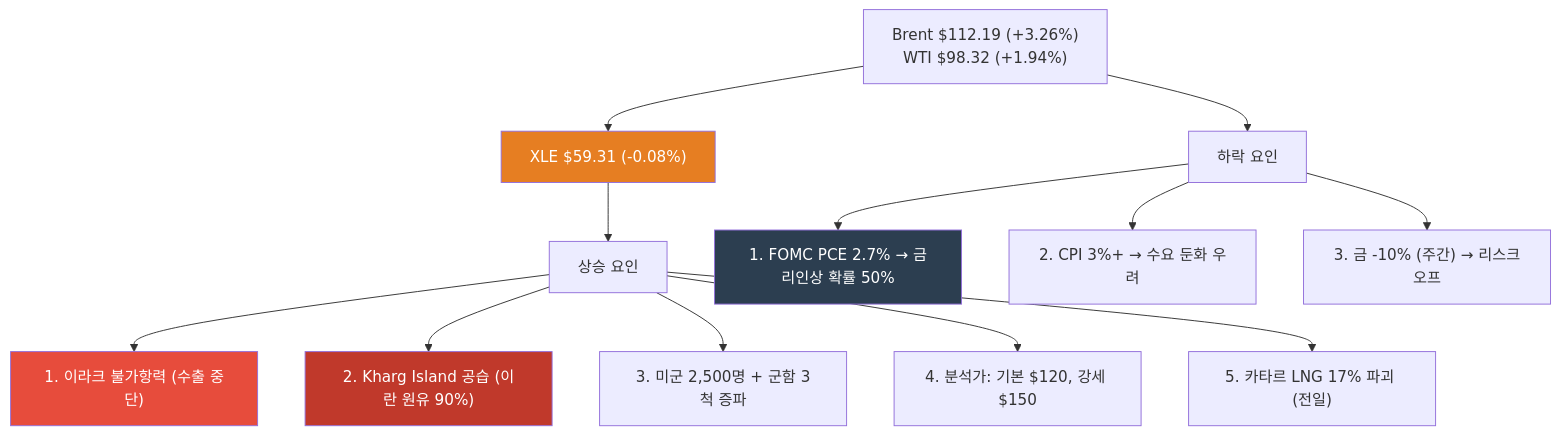
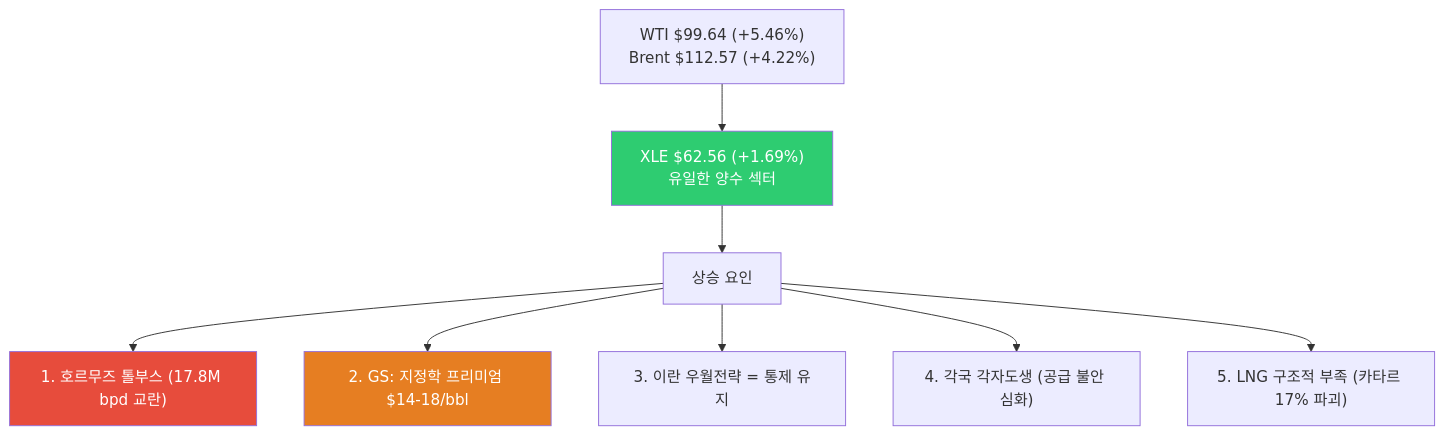
One commit to dss99911/dss99911.github.io changed the sixth of 11 diagrams in _posts/knowledge/invest/2026-03-07-energy-sector-outlook-2026.md. Above: the diagram before and after it, drawn with Mermaid. The commit also changed other lines of this file and 3 other files, not shown here.

First line of the commit message:
투자 데일리 트랙킹 3/28: WTI $100 목전, Fed 인상 52%, 호르무즈 톨부스

````diff
--- a/_posts/knowledge/invest/2026-03-07-energy-sector-outlook-2026.md
+++ b/_posts/knowledge/invest/2026-03-07-energy-sector-outlook-2026.md
@@ -240,20 +238,15 @@
 ```mermaid
 graph TD
-    A["Brent $112.19 (+3.26%)<br/>WTI $98.32 (+1.94%)"] --> B["XLE $59.31 (-0.08%)"]
+    A["WTI $99.64 #40;+5.46%#41;<br/>Brent $112.57 #40;+4.22%#41;"] --> B["XLE $62.56 #40;+1.69%#41;<br/>유일한 양수 섹터"]
+
     B --> C["상승 요인"]
-    C --> D["1. 이라크 불가항력 (수출 중단)"]
-    C --> E["2. Kharg Island 공습 (이란 원유 90%)"]
-    C --> F["3. 미군 2,500명 + 군함 3척 증파"]
-    C --> G["4. 분석가: 기본 $120, 강세 $150"]
-    C --> G2["5. 카타르 LNG 17% 파괴 (전일)"]
+    C --> D["1. 호르무즈 톨부스 #40;17.8M bpd 교란#41;"]
+    C --> E["2. GS: 지정학 프리미엄 $14-18/bbl"]
+    C --> F["3. 이란 우월전략 = 통제 유지"]
+    C --> G["4. 각국 각자도생 #40;공급 불안 심화#41;"]
+    C --> G2["5. LNG 구조적 부족 #40;카타르 17% 파괴#41;"]
 
-    A --> H["하락 요인"]
-    H --> I["1. FOMC PCE 2.7% → 금리인상 확률 50%"]
-    H --> J["2. CPI 3%+ → 수요 둔화 우려"]
-    H --> K["3. 금 -10% (주간) → 리스크오프"]
-
-    style B fill:#e67e22,color:#fff
+    style B fill:#2ecc71,color:#fff
     style D fill:#e74c3c,color:#fff
-    style E fill:#c0392b,color:#fff
-    style I fill:#2c3e50,color:#fff
+    style E fill:#e67e22,color:#fff
 ```
````
